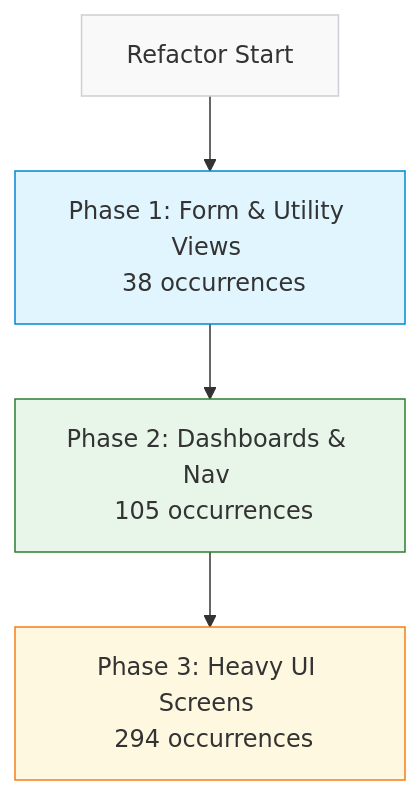
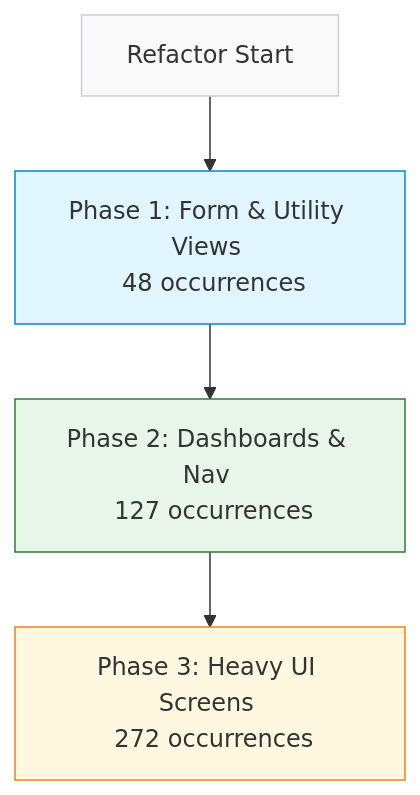
The diagram in docs/style-refactor-spec.md (circularlizard/expedition-management-system), drawn with Mermaid before and after one commit. The commit also changed other lines of this file, not shown here.

````diff
--- a/docs/style-refactor-spec.md
+++ b/docs/style-refactor-spec.md
@@ -41,15 +41,15 @@
 ```mermaid
 graph TD
     classDef default fill:#f9f9f9,stroke:#ccd0d4,stroke-width:1px;
     classDef p1 fill:#e1f5fe,stroke:#0288d1,stroke-width:1px;
     classDef p2 fill:#e8f5e9,stroke:#2e7d32,stroke-width:1px;
     classDef p3 fill:#fff8e1,stroke:#f57f17,stroke-width:1px;
 
-    Start[Refactor Start] --> P1[Phase 1: Form & Utility Views <br> 38 occurrences]
-    P1 --> P2[Phase 2: Dashboards & Nav <br> 105 occurrences]
-    P2 --> P3[Phase 3: Heavy UI Screens <br> 294 occurrences]
+    Start[Refactor Start] --> P1[Phase 1: Form & Utility Views <br> 48 occurrences]
+    P1 --> P2[Phase 2: Dashboards & Nav <br> 127 occurrences]
+    P2 --> P3[Phase 3: Heavy UI Screens <br> 272 occurrences]
 
     class P1 p1;
     class P2 p2;
     class P3 p3;
 ```
````
